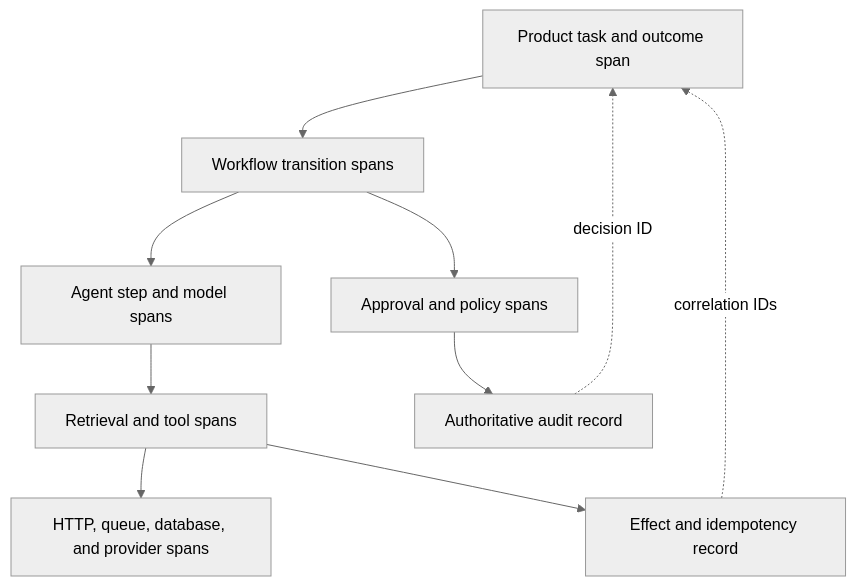
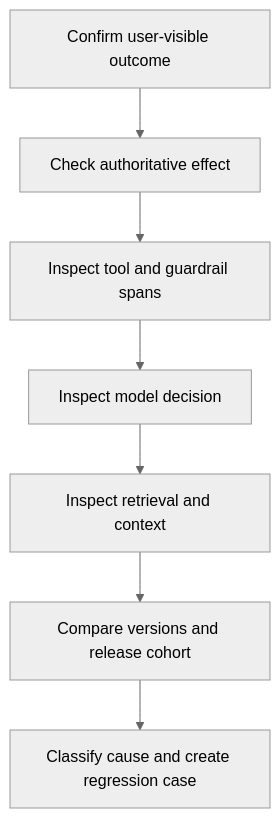
Before and after one commit to senlinyy/dev-roadmaps: the eighth of 9 diagrams in roadmaps/mlops/modules/llmops/runtime-observability/01-agent-tracing.md, drawn with Mermaid (neutral theme). The commit also changed other lines of this file and 198 other files, not shown here.

````diff
--- a/roadmaps/mlops/modules/llmops/runtime-observability/01-agent-tracing.md
+++ b/roadmaps/mlops/modules/llmops/runtime-observability/01-agent-tracing.md
@@ -82,12 +418,9 @@
 ```mermaid
-flowchart TB
-    A[Product task and outcome span] --> B[Workflow transition spans]
-    B --> C[Agent step and model spans]
-    B --> D[Approval and policy spans]
-    C --> E[Retrieval and tool spans]
-    E --> F[HTTP, queue, database, and provider spans]
-    D --> G[Authoritative audit record]
-    E --> H[Effect and idempotency record]
-    H -. correlation IDs .-> A
-    G -. decision ID .-> A
+flowchart TD
+    A["Confirm user-visible outcome"] --> B["Check authoritative effect"]
+    B --> C["Inspect tool and guardrail spans"]
+    C --> D["Inspect model decision"]
+    D --> E["Inspect retrieval and context"]
+    E --> F["Compare versions and release cohort"]
+    F --> G["Classify cause and create regression case"]
 ```
````
